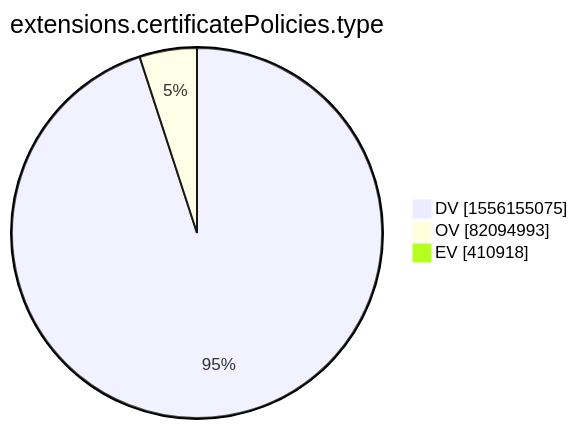
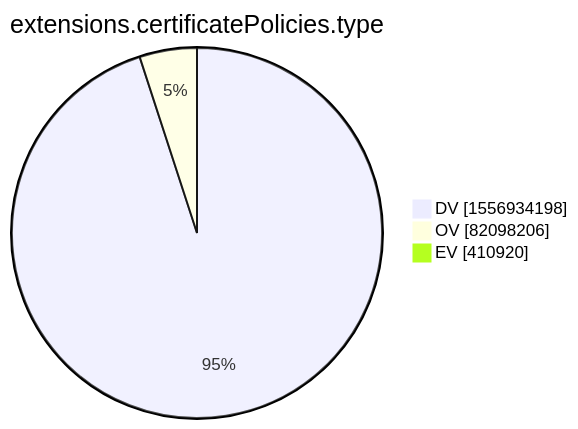
One commit to christiankrug/ctmonitor_visualization changed the tenth of 15 diagrams in xenon2022/README.md. Above: the diagram before and after it, drawn with Mermaid. The commit also changed other lines of this file, not shown here.

````diff
--- a/xenon2022/README.md
+++ b/xenon2022/README.md
@@ -2876,7 +2876,7 @@
 ```mermaid
 pie showData
 title extensions.certificatePolicies.type
-"DV" :1556155075
-"OV" :82094993
-"EV" :410918
+"DV" :1556934198
+"OV" :82098206
+"EV" :410920
 ```
````
